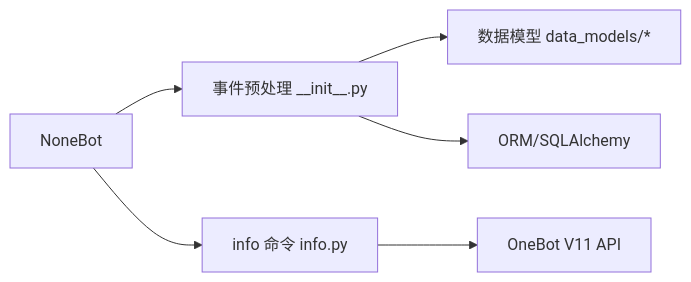
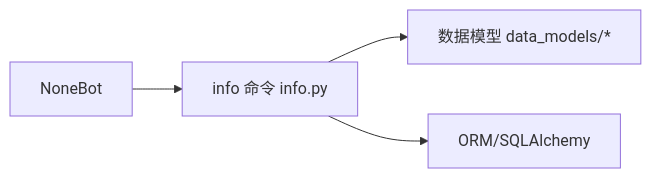
The sixth of 6 diagrams in .qoder/repowiki/zh/content/核心功能模块/信息查询系统.md (Wohaokunr/yawn_bot), drawn with Mermaid before and after one commit. The commit also changed other lines of this file and 13 other files, not shown here.

````diff
--- a/.qoder/repowiki/zh/content/核心功能模块/信息查询系统.md
+++ b/.qoder/repowiki/zh/content/核心功能模块/信息查询系统.md
@@ -219,8 +213,6 @@
 ```mermaid
 graph LR
-NB["NoneBot"] --> A["事件预处理 __init__.py"]
-NB --> B["info 命令 info.py"]
+NB["NoneBot"] --> A["info 命令 info.py"]
 A --> M["数据模型 data_models/*"]
-B --> O["OneBot V11 API"]
 A --> DB["ORM/SQLAlchemy"]
 ```
````
